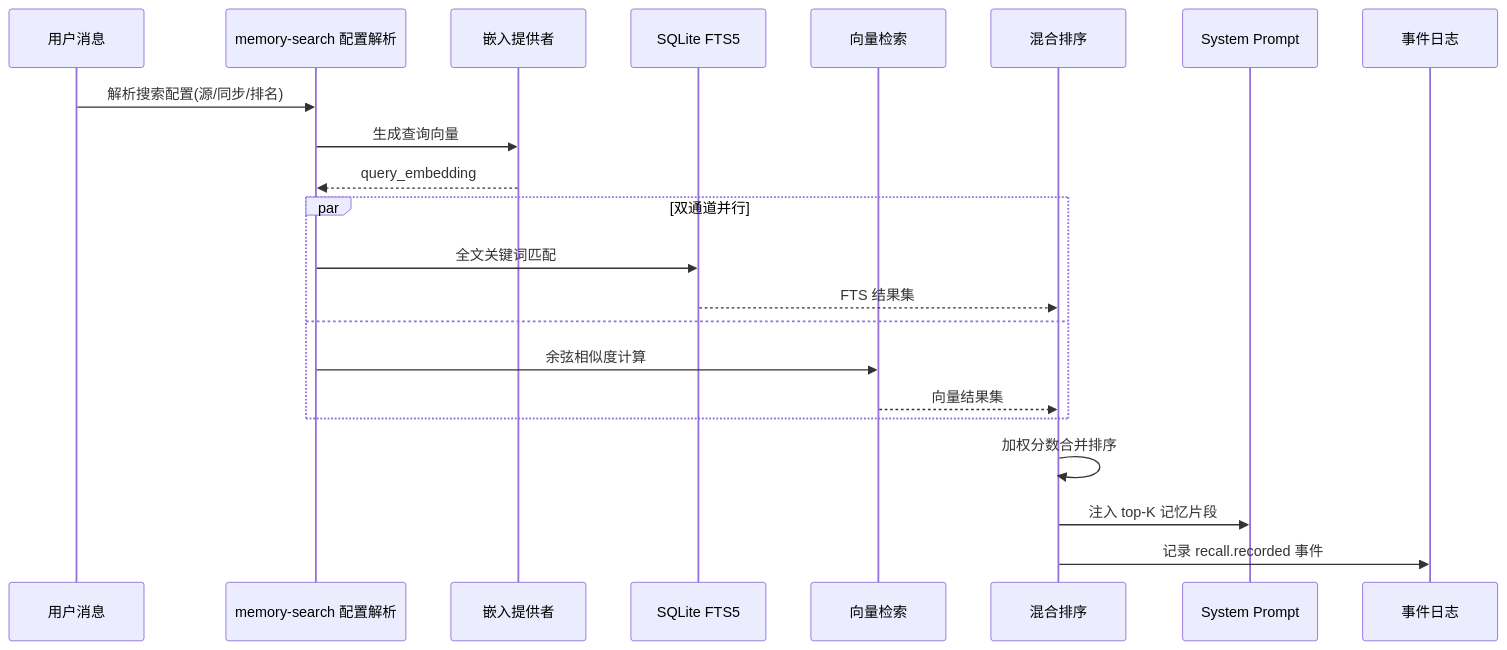
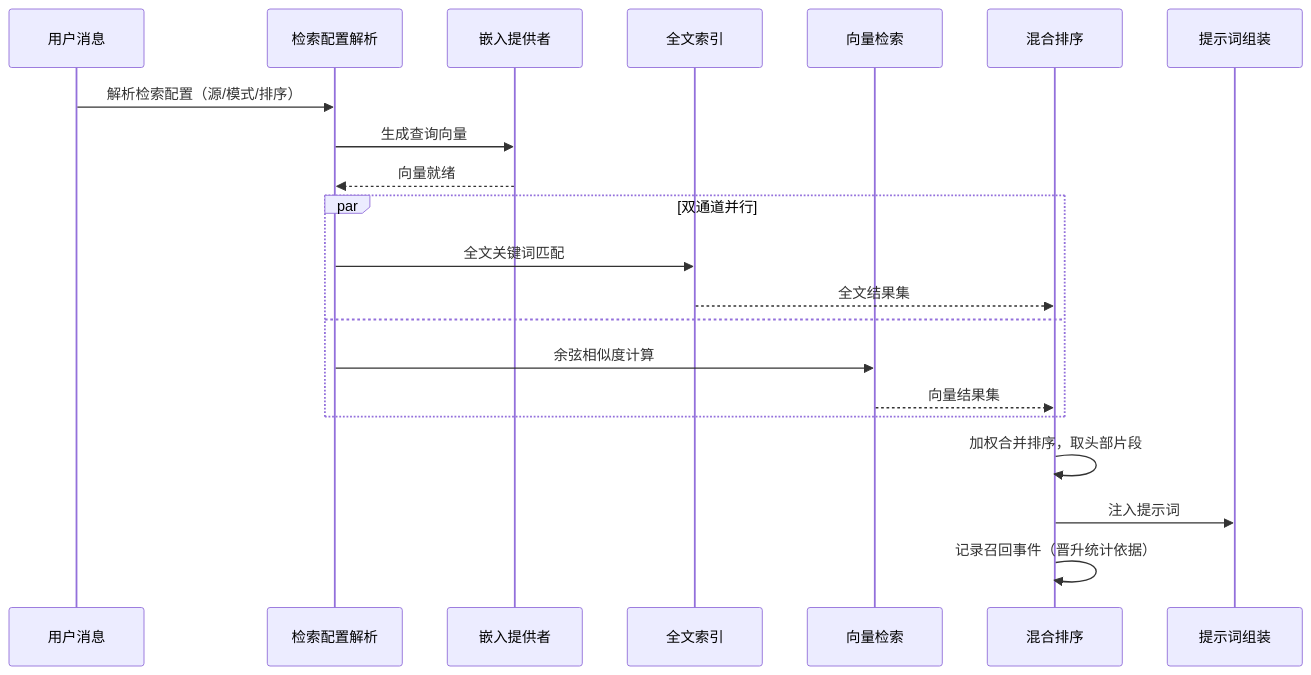
Before and after one commit to MKEy777/agent: the third of 3 diagrams in docs/openclaw/06-memory.md, drawn with Mermaid. The commit also changed other lines of this file and 114 other files, not shown here.

First line of the commit message:
Add comprehensive documentation for Agent architecture and protocols

````diff
--- a/docs/openclaw/06-memory.md
+++ b/docs/openclaw/06-memory.md
@@ -52,25 +77,24 @@
 ```mermaid
 sequenceDiagram
-    participant User as 用户消息
-    participant Config as memory-search 配置解析
-    participant Embed as 嵌入提供者
-    participant FTS as SQLite FTS5
-    participant Vec as 向量检索
-    participant Rank as 混合排序
-    participant Prompt as System Prompt
-    participant Log as 事件日志
+    participant U as 用户消息
+    participant C as 检索配置解析
+    participant E as 嵌入提供者
+    participant F as 全文索引
+    participant V as 向量检索
+    participant R as 混合排序
+    participant P as 提示词组装
 
-    User->>Config: 解析搜索配置(源/同步/排名)
-    Config->>Embed: 生成查询向量
-    Embed-->>Config: query_embedding
+    U->>C: 解析检索配置（源/模式/排序）
+    C->>E: 生成查询向量
+    E-->>C: 向量就绪
     par 双通道并行
-        Config->>FTS: 全文关键词匹配
-        FTS-->>Rank: FTS 结果集
+        C->>F: 全文关键词匹配
+        F-->>R: 全文结果集
     and
-        Config->>Vec: 余弦相似度计算
-        Vec-->>Rank: 向量结果集
+        C->>V: 余弦相似度计算
+        V-->>R: 向量结果集
     end
-    Rank->>Rank: 加权分数合并排序
-    Rank->>Prompt: 注入 top-K 记忆片段
-    Rank->>Log: 记录 recall.recorded 事件
+    R->>R: 加权合并排序，取头部片段
+    R->>P: 注入提示词
+    R->>R: 记录召回事件（晋升统计依据）
 ```
````
